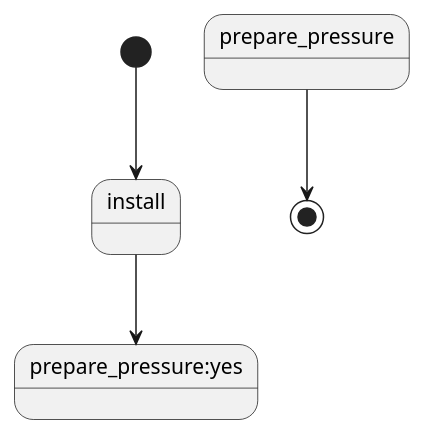
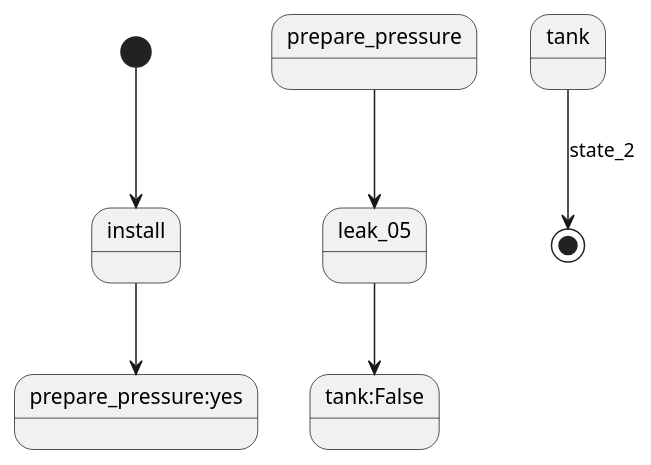
Before and after one commit to Alser69rus/A3135: the diagram in uml/ku 215/prepare.puml, drawn with PlantUML. The commit also changed 1 other file, not shown here.

```diff
--- a/uml/ku 215/prepare.puml
+++ b/uml/ku 215/prepare.puml
@@ -1,5 +1,7 @@
 @startuml
 [*] --> install
 install-->prepare_pressure:yes
-prepare_pressure-->[*]
+prepare_pressure-->leak_05
+leak_05-->tank:False
+tank-->[*]:state_2
 @enduml
```
